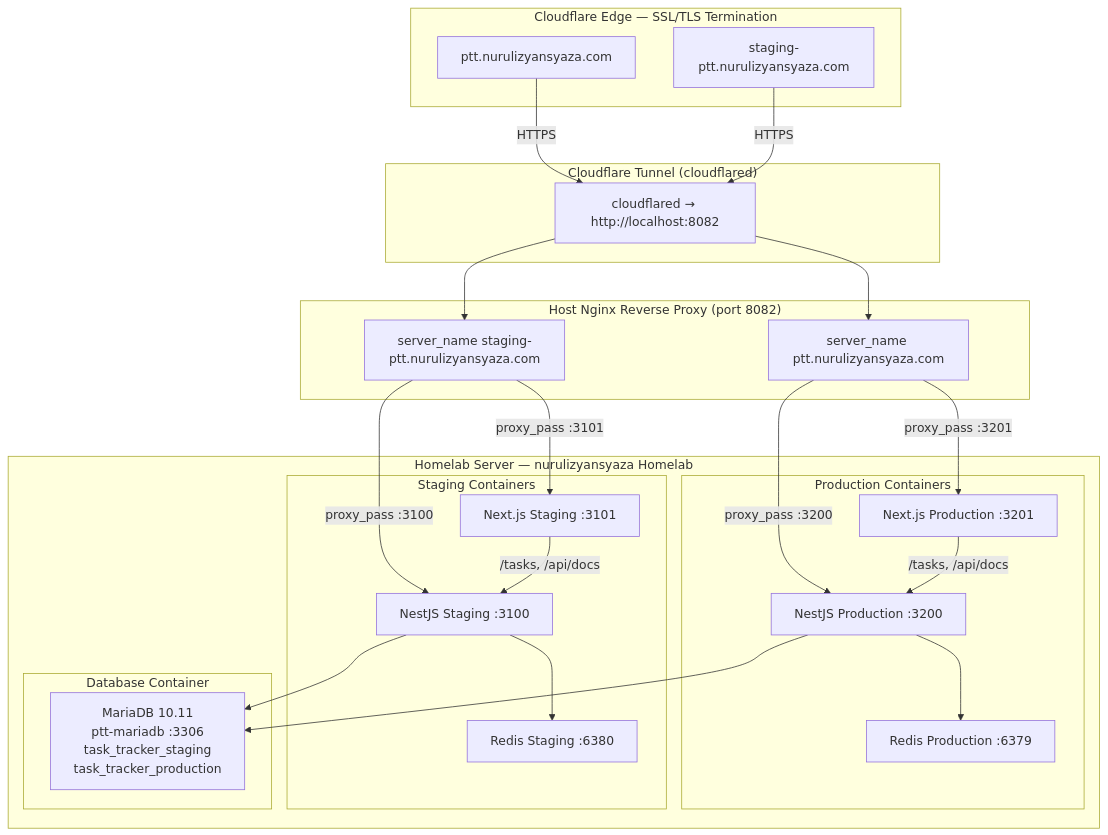
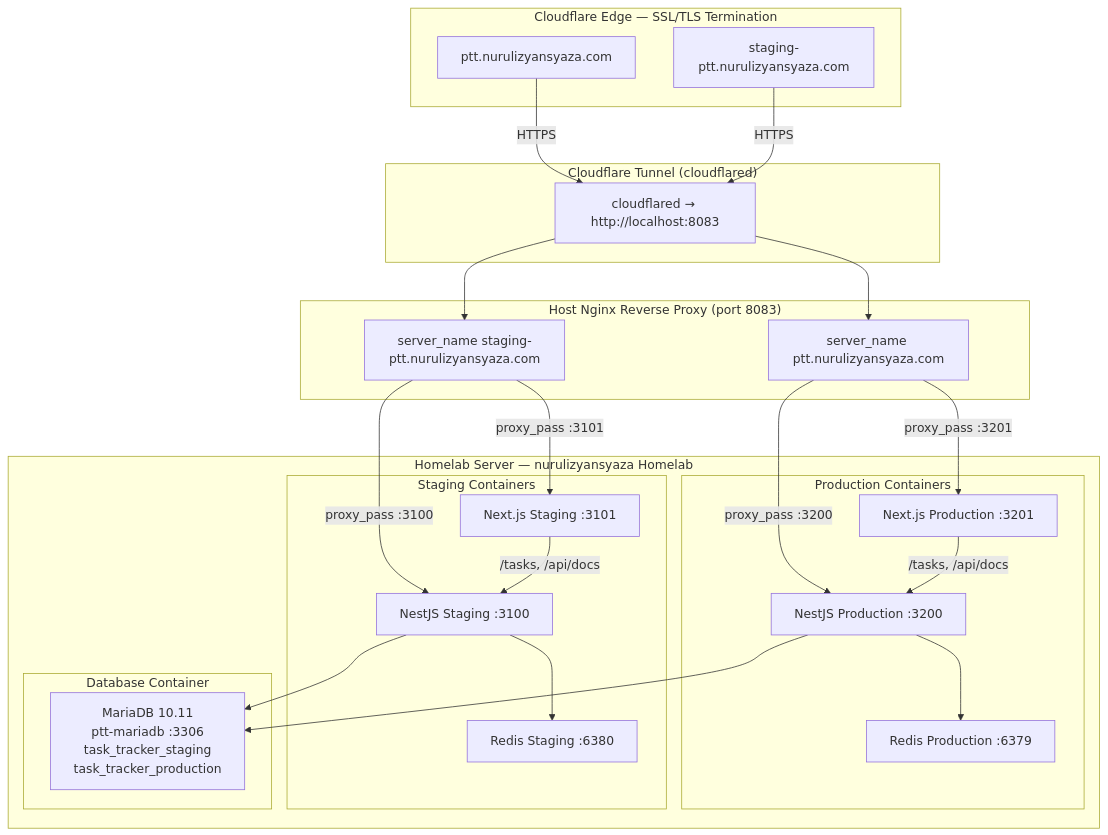
The first of 3 diagrams in HOMELAB-INFRASTRUCTURE.md (nurulizyansyaza/personal-task-tracker), drawn with Mermaid before and after one commit. The commit also changed other lines of this file, not shown here.

Commit message:
fix: change PTT nginx/cloudflared port from 8082 to 8083 (employee-nginx conflict)

````diff
--- a/HOMELAB-INFRASTRUCTURE.md
+++ b/HOMELAB-INFRASTRUCTURE.md
@@ -34,47 +34,47 @@
 ```mermaid
 graph TB
     subgraph "Cloudflare Edge — SSL/TLS Termination"
         CF_P["ptt.nurulizyansyaza.com"]
         CF_S["staging-ptt.nurulizyansyaza.com"]
     end
 
     subgraph "Cloudflare Tunnel (cloudflared)"
-        TUNNEL["cloudflared → http://localhost:8082"]
+        TUNNEL["cloudflared → http://localhost:8083"]
     end
 
-    subgraph "Host Nginx Reverse Proxy (port 8082)"
+    subgraph "Host Nginx Reverse Proxy (port 8083)"
         NG_P["server_name ptt.nurulizyansyaza.com"]
         NG_S["server_name staging-ptt.nurulizyansyaza.com"]
     end
 
     subgraph "Homelab Server — nurulizyansyaza Homelab"
         subgraph "Production Containers"
             FE_P_APP["Next.js Production :3201"]
             API_P_APP["NestJS Production :3200"]
             API_P_REDIS["Redis Production :6379"]
         end
         subgraph "Staging Containers"
             FE_S_APP["Next.js Staging :3101"]
             API_S_APP["NestJS Staging :3100"]
             API_S_REDIS["Redis Staging :6380"]
         end
         subgraph "Database Container"
             MARIADB["MariaDB 10.11\nptt-mariadb :3306\ntask_tracker_staging\ntask_tracker_production"]
         end
     end
 
     CF_P -->|"HTTPS"| TUNNEL
     CF_S -->|"HTTPS"| TUNNEL
     TUNNEL --> NG_P
     TUNNEL --> NG_S
     NG_P -->|"proxy_pass :3201"| FE_P_APP
     NG_P -->|"proxy_pass :3200"| API_P_APP
     NG_S -->|"proxy_pass :3101"| FE_S_APP
     NG_S -->|"proxy_pass :3100"| API_S_APP
     FE_P_APP -->|"/tasks, /api/docs"| API_P_APP
     FE_S_APP -->|"/tasks, /api/docs"| API_S_APP
     API_P_APP --> API_P_REDIS
     API_S_APP --> API_S_REDIS
     API_P_APP --> MARIADB
     API_S_APP --> MARIADB
 ```
````
